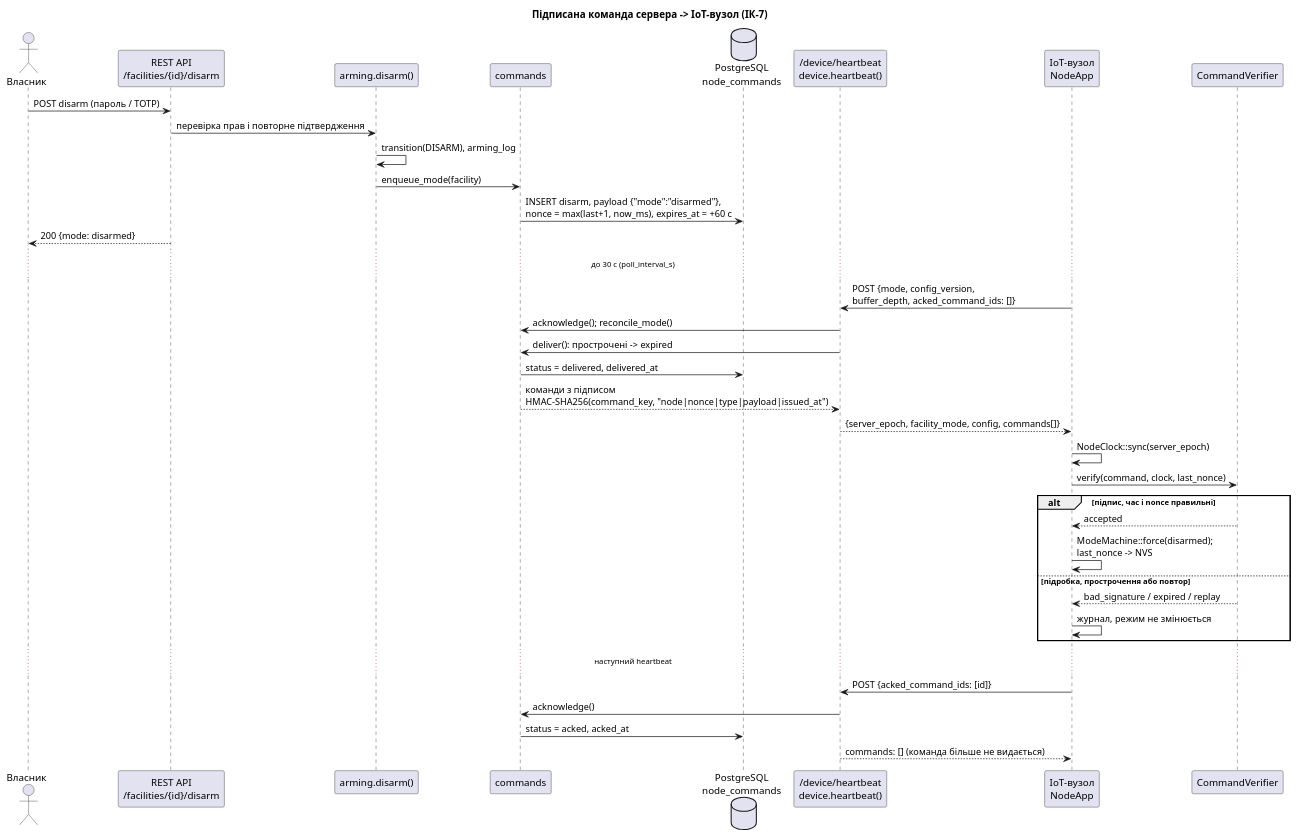
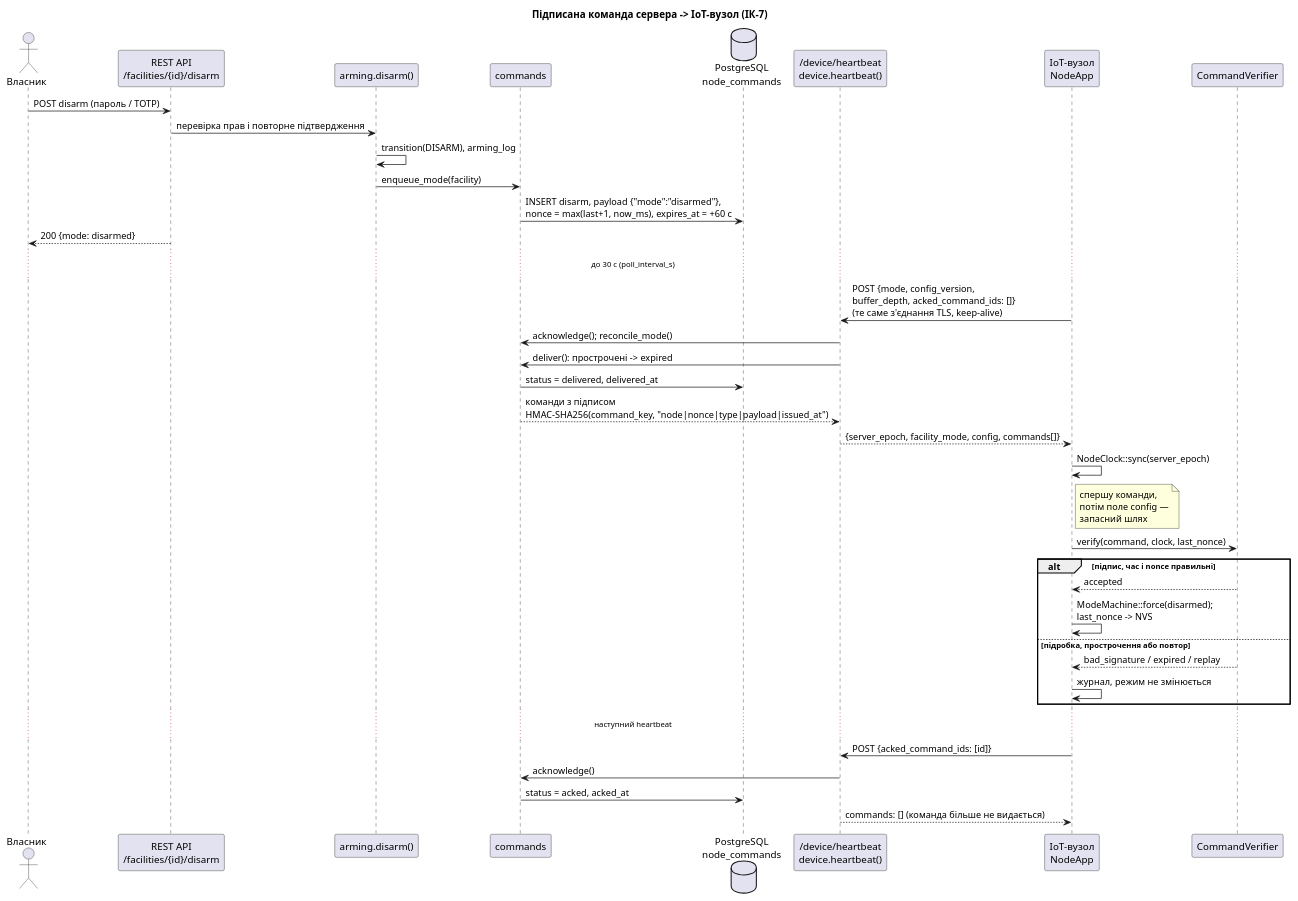
One commit to NureDribnytsiaNazar/oberih changed the diagram in docs/diagrams/iot-sequence-command.puml. Above: the diagram before and after it, drawn with PlantUML. The commit also changed 6 other files, not shown here.

```diff
--- a/docs/diagrams/iot-sequence-command.puml
+++ b/docs/diagrams/iot-sequence-command.puml
@@ -1,50 +1,51 @@
 @startuml iot-sequence-command
 ' Діаграма взаємодії: команда зняття з охорони від користувача до вузла.
 ' Код: server/app/services/arming.py (disarm), commands.py (enqueue_mode,
 ' deliver, acknowledge), device.py (heartbeat); iot/src/node_app.cpp
 ' (service_heartbeat, process_command), command_verifier.cpp (verify).
 skinparam shadowing false
 skinparam defaultFontName Arial
 title Підписана команда сервера -> IoT-вузол (ІК-7)
 
 actor "Власник" as User
 participant "REST API\n/facilities/{id}/disarm" as Api
 participant "arming.disarm()" as Arming
 participant "commands" as Commands
 database "PostgreSQL\nnode_commands" as Db
 participant "/device/heartbeat\ndevice.heartbeat()" as Heartbeat
 participant "IoT-вузол\nNodeApp" as Node
 participant "CommandVerifier" as Verifier
 
 User -> Api : POST disarm (пароль / TOTP)
 Api -> Arming : перевірка прав і повторне підтвердження
 Arming -> Arming : transition(DISARM), arming_log
 Arming -> Commands : enqueue_mode(facility)
 Commands -> Db : INSERT disarm, payload {"mode":"disarmed"},\nnonce = max(last+1, now_ms), expires_at = +60 c
 Api --> User : 200 {mode: disarmed}
 
 ... до 30 с (poll_interval_s) ...
 
-Node -> Heartbeat : POST {mode, config_version,\nbuffer_depth, acked_command_ids: []}
+Node -> Heartbeat : POST {mode, config_version,\nbuffer_depth, acked_command_ids: []}\n(те саме з'єднання TLS, keep-alive)
 Heartbeat -> Commands : acknowledge(); reconcile_mode()
 Heartbeat -> Commands : deliver(): прострочені -> expired
 Commands -> Db : status = delivered, delivered_at
 Commands --> Heartbeat : команди з підписом\nHMAC-SHA256(command_key, "node|nonce|type|payload|issued_at")
 Heartbeat --> Node : {server_epoch, facility_mode, config, commands[]}
 Node -> Node : NodeClock::sync(server_epoch)
+note right of Node : спершу команди,\nпотім поле config —\nзапасний шлях
 Node -> Verifier : verify(command, clock, last_nonce)
 alt підпис, час і nonce правильні
   Verifier --> Node : accepted
   Node -> Node : ModeMachine::force(disarmed);\nlast_nonce -> NVS
 else підробка, прострочення або повтор
   Verifier --> Node : bad_signature / expired / replay
   Node -> Node : журнал, режим не змінюється
 end
 
 ... наступний heartbeat ...
 
 Node -> Heartbeat : POST {acked_command_ids: [id]}
 Heartbeat -> Commands : acknowledge()
 Commands -> Db : status = acked, acked_at
 Heartbeat --> Node : commands: [] (команда більше не видається)
 @enduml
```
